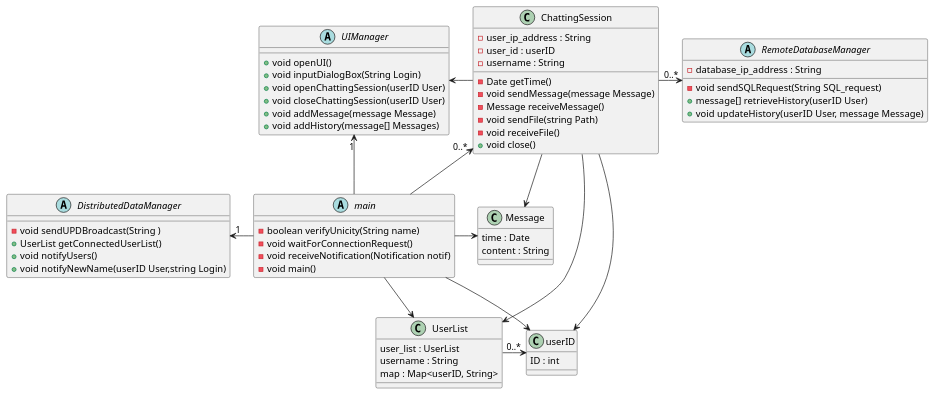
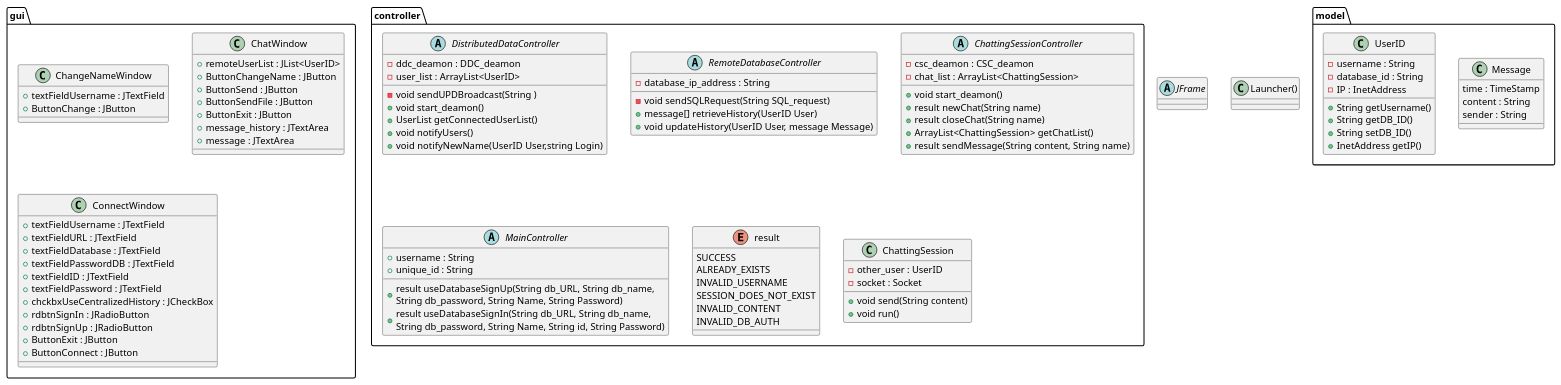
The diagram in PlantUML/class.wsd (scanim-valentin/decentralized-chat-system), drawn with PlantUML before and after one commit. The commit also changed 5 other files, not shown here.

```diff
--- a/PlantUML/class.wsd
+++ b/PlantUML/class.wsd
@@ -1,74 +1,102 @@
 @startuml class
-abstract class main {
-    -boolean verifyUnicity(String name)
-    -void waitForConnectionRequest()
-    -void receiveNotification(Notification notif)
-    -void main()
+abstract class JFrame
+
+class gui.ChangeNameWindow{
+    + textFieldUsername : JTextField
+    + ButtonChange : JButton
+}
+class gui.ChatWindow{
+    + remoteUserList : JList<UserID>
+    + ButtonChangeName : JButton
+    + ButtonSend : JButton
+    + ButtonSendFile : JButton
+    + ButtonExit : JButton
+    + message_history : JTextArea
+    + message : JTextArea
+}
+class gui.ConnectWindow{
+
+    + textFieldUsername : JTextField
+    + textFieldURL : JTextField
+    + textFieldDatabase : JTextField
+    + textFieldPasswordDB : JTextField
+    + textFieldID : JTextField
+    + textFieldPassword : JTextField
+    + chckbxUseCentralizedHistory : JCheckBox
+    + rdbtnSignIn : JRadioButton
+    + rdbtnSignUp : JRadioButton
+    + ButtonExit : JButton
+    + ButtonConnect : JButton
 }
 
-abstract class UIManager {
-    +void openUI()
-    +void inputDialogBox(String Login)
-    +void openChattingSession(userID User)
-    +void closeChattingSession(userID User)
-    +void addMessage(message Message)
-    +void addHistory(message[] Messages)
+abstract class controller.DistributedDataController{
+    - ddc_deamon : DDC_deamon
+    - user_list : ArrayList<UserID>
+    -void sendUPDBroadcast(String )
+    +void start_deamon()
+    +UserList getConnectedUserList()
+    +void notifyUsers()
+    +void notifyNewName(UserID User,string Login)
 }
 
-abstract class DistributedDataManager {
-    -void sendUPDBroadcast(String )
-    +UserList getConnectedUserList()
-    +void notifyUsers()
-    +void notifyNewName(userID User,string Login)
+abstract class  controller.RemoteDatabaseController{
+    - database_ip_address : String 
+    -void sendSQLRequest(String SQL_request)
+    +message[] retrieveHistory(UserID User)
+    +void updateHistory(UserID User, message Message)
 }
 
-abstract class  RemoteDatabaseManager{
-    - database_ip_address : String 
-    -void sendSQLRequest(String SQL_request)
-    +message[] retrieveHistory(userID User)
-    +void updateHistory(userID User, message Message)
+abstract class controller.ChattingSessionController{
+    - csc_deamon : CSC_deamon
+    - chat_list : ArrayList<ChattingSession>
+    +void start_deamon()
+    +result newChat(String name)
+    +result closeChat(String name)
+    +ArrayList<ChattingSession> getChatList()
+    +result sendMessage(String content, String name)
 }
 
-class ChattingSession{
-    - user_ip_address : String 
-    - user_id : userID
-    - username : String
-    -Date getTime()
-    -void sendMessage(message Message)
-    -Message receiveMessage()
-    -void sendFile(string Path)
-    -void receiveFile()
-    +void close()
+abstract class controller.MainController{
+    +username : String
+    +unique_id : String
+    +result useDatabaseSignUp(String db_URL, String db_name, \nString db_password, String Name, String Password)
+    +result useDatabaseSignIn(String db_URL, String db_name, \nString db_password, String Name, String id, String Password)
 }
 
-class Message{
-    time : Date
-    content : String
+enum controller.result {
+	SUCCESS
+    ALREADY_EXISTS
+    INVALID_USERNAME
+    SESSION_DOES_NOT_EXIST
+    INVALID_CONTENT
+    INVALID_DB_AUTH
 }
 
-class UserList{
-    user_list : UserList
-    username : String
-    map : Map<userID, String> 
+class controller.ChattingSession {
+    - other_user : UserID
+    - socket : Socket
+    + void send(String content)
+    + void run()
 }
 
-class userID{
-    ID : int
+class model.Message{
+    time : TimeStamp
+    content : String
+    sender : String
+}
+
+class model.UserID{
+    -username : String
+    -database_id : String
+    -IP : InetAddress
+    +String getUsername()
+    +String getDB_ID()
+    +String setDB_ID()
+    +InetAddress getIP()
 } 
+
+class Launcher()
 
 
 
-DistributedDataManager "1" <- main
-UIManager "1" <- main
-ChattingSession "0..*" <-- main
-UIManager <- ChattingSession
-UserList -> "0..*" userID
-main --> userID
-ChattingSession -> userID
-main --> UserList
-ChattingSession -> UserList
-ChattingSession -> Message
-ChattingSession "0..*" -> RemoteDatabaseManager
-main -> Message
-
 @enduml
```
